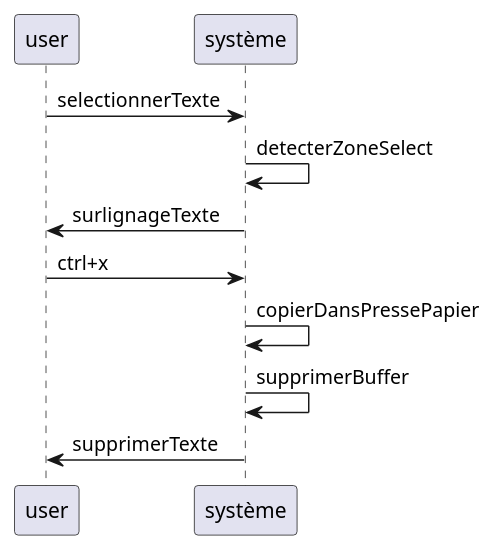
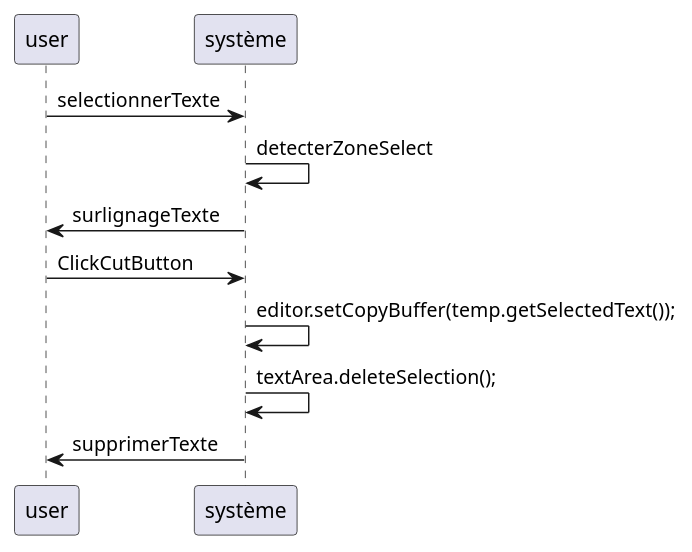
Before and after one commit to kiurow590/ESIR2_OMD_Project_Editor: the diagram in SequenceCouper.puml, drawn with PlantUML. The commit also changed 1 other file, not shown here.

```diff
--- a/SequenceCouper.puml
+++ b/SequenceCouper.puml
@@ -1,11 +1,11 @@
 @startuml
 'https://plantuml.com/sequence-diagram
 user -> système: selectionnerTexte
 système -> système: detecterZoneSelect
 système -> user: surlignageTexte
-user -> système: ctrl+x
-système -> système: copierDansPressePapier
-système -> système: supprimerBuffer
+user -> système: ClickCutButton
+système -> système: editor.setCopyBuffer(temp.getSelectedText());
+système -> système: textArea.deleteSelection();
 système -> user: supprimerTexte
 
 @enduml
```
